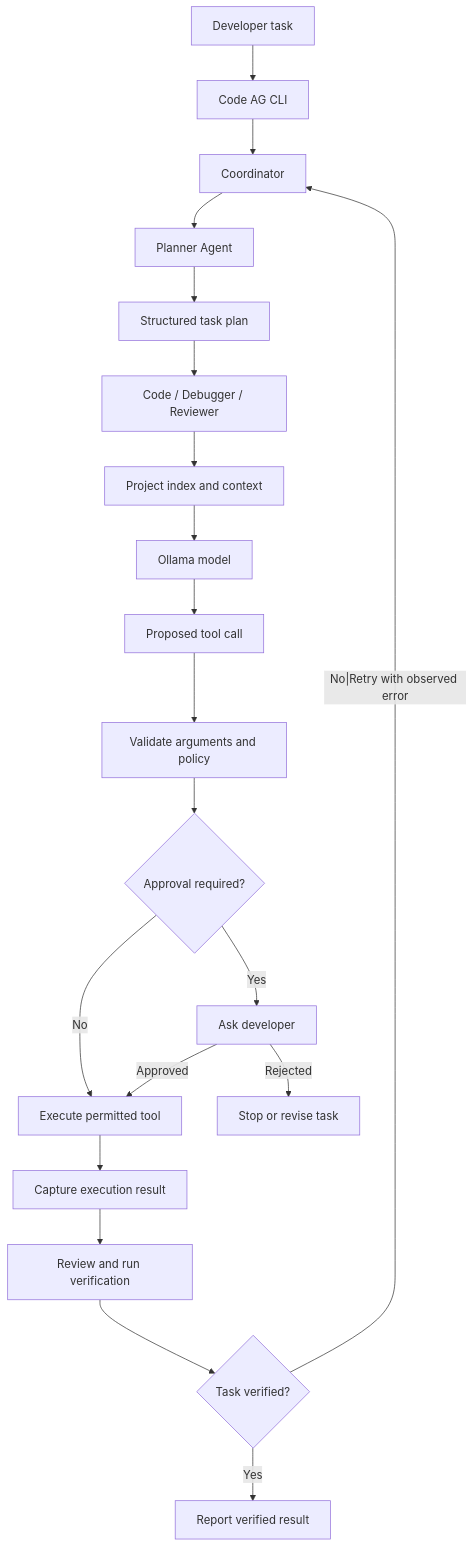
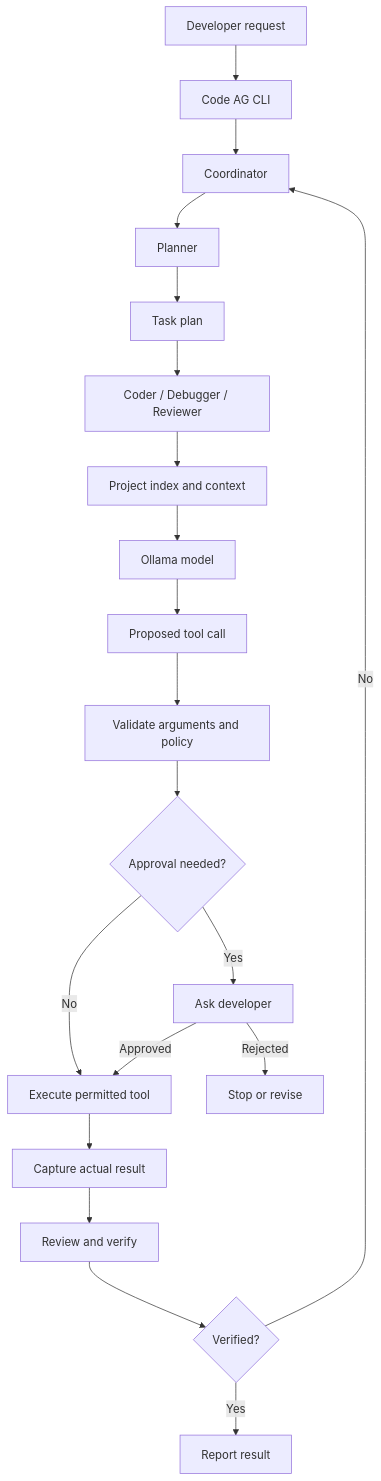
One commit to dar2006sh8an13/coder-with-code changed the diagram in README.md. Above: the diagram before and after it, drawn with Mermaid. The commit also changed other lines of this file, not shown here.

Commit message:
docs: brand Code AG as Coder with Code

````diff
--- a/README.md
+++ b/README.md
@@ -71,22 +63,22 @@
 ```mermaid
 flowchart TD
-    A[Developer task] --> B[Code AG CLI]
+    A[Developer request] --> B[Code AG CLI]
     B --> C[Coordinator]
-    C --> D[Planner Agent]
-    D --> E[Structured task plan]
-    E --> F[Code / Debugger / Reviewer]
+    C --> D[Planner]
+    D --> E[Task plan]
+    E --> F[Coder / Debugger / Reviewer]
     F --> G[Project index and context]
     G --> H[Ollama model]
     H --> I[Proposed tool call]
     I --> J[Validate arguments and policy]
-    J --> K{Approval required?}
+    J --> K{Approval needed?}
     K -- Yes --> L[Ask developer]
     K -- No --> M[Execute permitted tool]
-    L -->|Approved| M
-    L -->|Rejected| N[Stop or revise task]
-    M --> O[Capture execution result]
-    O --> P[Review and run verification]
-    P --> Q{Task verified?}
-    Q -- No|Retry with observed error --> C
-    Q -- Yes --> R[Report verified result]
+    L -- Approved --> M
+    L -- Rejected --> N[Stop or revise]
+    M --> O[Capture actual result]
+    O --> P[Review and verify]
+    P --> Q{Verified?}
+    Q -- No --> C
+    Q -- Yes --> R[Report result]
 ```
````
